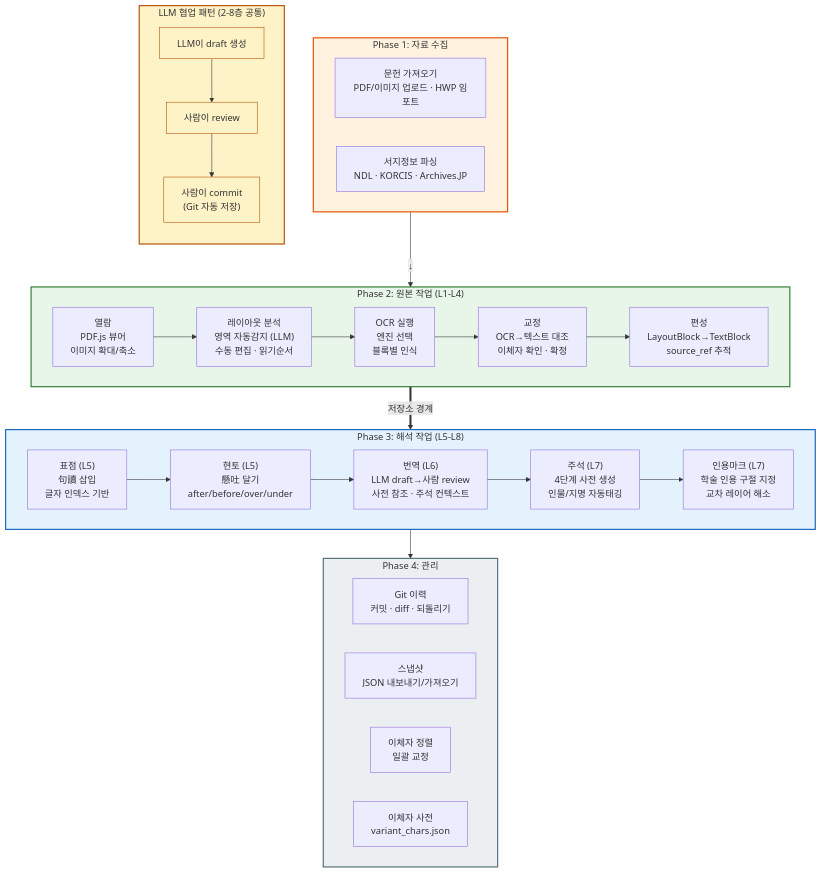
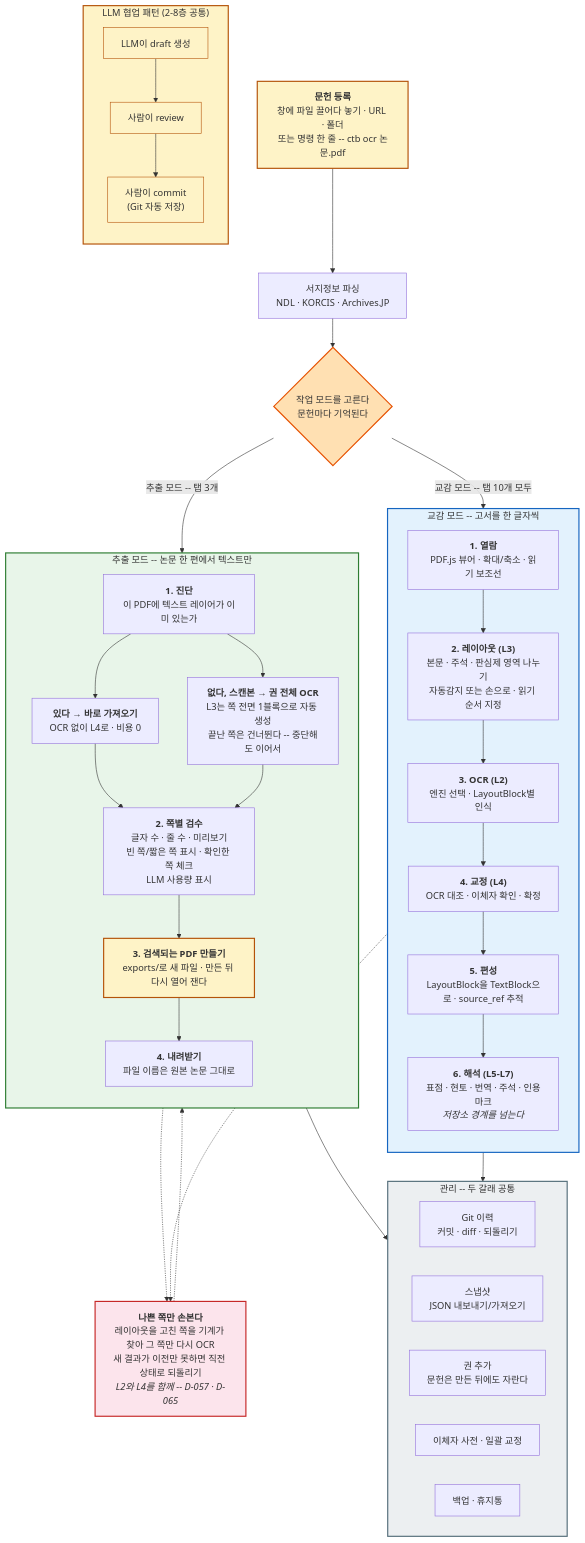
Before and after one commit to hw725/classical-text-browser: the sixth of 13 diagrams in docs/architecture-diagrams.md, drawn with Mermaid. The commit also changed other lines of this file and 4 other files, not shown here.

First line of the commit message:
docs: README를 허브로 개편 + 아키텍처 다이어그램 v1.2.0 갱신

````diff
--- a/docs/architecture-diagrams.md
+++ b/docs/architecture-diagrams.md
@@ -398,59 +493,71 @@
 ```mermaid
 flowchart TB
-    subgraph PHASE1["Phase 1: 자료 수집"]
-        direction LR
-        P1A["문헌 가져오기<br/>PDF/이미지 업로드 · HWP 임포트"]
-        P1B["서지정보 파싱<br/>NDL · KORCIS · Archives.JP"]
+    START["<b>문헌 등록</b><br/>창에 파일 끌어다 놓기 · URL · 폴더<br/>또는 명령 한 줄 -- ctb ocr 논문.pdf"]
+    BIBP["서지정보 파싱<br/>NDL · KORCIS · Archives.JP"]
+    MODE{"작업 모드를 고른다<br/>문헌마다 기억된다"}
+    START --> BIBP --> MODE
+
+    MODE -->|"교감 모드 -- 탭 10개 모두"| C1
+    MODE -->|"추출 모드 -- 탭 3개"| E1
+
+    subgraph COLLATE["교감 모드 -- 고서를 한 글자씩"]
+        direction TB
+        C1["<b>1. 열람</b><br/>PDF.js 뷰어 · 확대/축소 · 읽기 보조선"]
+        C2["<b>2. 레이아웃 (L3)</b><br/>본문 · 주석 · 판심제 영역 나누기<br/>자동감지 또는 손으로 · 읽기 순서 지정"]
+        C3["<b>3. OCR (L2)</b><br/>엔진 선택 · LayoutBlock별 인식"]
+        C4["<b>4. 교정 (L4)</b><br/>OCR 대조 · 이체자 확인 · 확정"]
+        C5["<b>5. 편성</b><br/>LayoutBlock을 TextBlock으로 · source_ref 추적"]
+        C6["<b>6. 해석 (L5-L7)</b><br/>표점 · 현토 · 번역 · 주석 · 인용마크<br/><i>저장소 경계를 넘는다</i>"]
+        C1 --> C2 --> C3 --> C4 --> C5 --> C6
     end
 
-    PHASE1 -->|"↓"| PHASE2
-
-    subgraph PHASE2["Phase 2: 원본 작업 (L1-L4)"]
-        direction LR
-        P2A["열람<br/>PDF.js 뷰어<br/>이미지 확대/축소"]
-        P2B["레이아웃 분석<br/>영역 자동감지 (LLM)<br/>수동 편집 · 읽기순서"]
-        P2C["OCR 실행<br/>엔진 선택<br/>블록별 인식"]
-        P2D["교정<br/>OCR→텍스트 대조<br/>이체자 확인 · 확정"]
-        P2E["편성<br/>LayoutBlock→TextBlock<br/>source_ref 추적"]
-        P2A --> P2B --> P2C --> P2D --> P2E
+    subgraph EXTRACT["추출 모드 -- 논문 한 편에서 텍스트만"]
+        direction TB
+        E1["<b>1. 진단</b><br/>이 PDF에 텍스트 레이어가 이미 있는가"]
+        E2A["<b>있다 → 바로 가져오기</b><br/>OCR 없이 L4로 · 비용 0"]
+        E2B["<b>없다, 스캔본 → 권 전체 OCR</b><br/>L3는 쪽 전면 1블록으로 자동 생성<br/>끝난 쪽은 건너뛴다 -- 중단해도 이어서"]
+        E3["<b>2. 쪽별 검수</b><br/>글자 수 · 줄 수 · 미리보기<br/>빈 쪽/짧은 쪽 표시 · 확인한 쪽 체크<br/>LLM 사용량 표시"]
+        E4["<b>3. 검색되는 PDF 만들기</b><br/>exports/로 새 파일 · 만든 뒤 다시 열어 잰다"]
+        E5["<b>4. 내려받기</b><br/>파일 이름은 원본 논문 그대로"]
+        E1 --> E2A --> E3
+        E1 --> E2B --> E3
+        E3 --> E4 --> E5
     end
 
-    PHASE2 ==>|"저장소 경계"| PHASE3
+    FIX["<b>나쁜 쪽만 손본다</b><br/>레이아웃을 고친 쪽을 기계가 찾아 그 쪽만 다시 OCR<br/>새 결과가 이전만 못하면 직전 상태로 되돌리기<br/><i>L2와 L4를 함께 -- D-057 · D-065</i>"]
+    E3 -.-> FIX
+    C4 -.-> FIX
+    FIX -.-> E3
 
-    subgraph PHASE3["Phase 3: 해석 작업 (L5-L8)"]
+    subgraph MANAGE["관리 -- 두 갈래 공통"]
         direction LR
-        P3A["표점 (L5)<br/>句讀 삽입<br/>글자 인덱스 기반"]
-        P3B["현토 (L5)<br/>懸吐 달기<br/>after/before/over/under"]
-        P3C["번역 (L6)<br/>LLM draft→사람 review<br/>사전 참조 · 주석 컨텍스트"]
-        P3D["주석 (L7)<br/>4단계 사전 생성<br/>인물/지명 자동태깅"]
-        P3E["인용마크 (L7)<br/>학술 인용 구절 지정<br/>교차 레이어 해소"]
-        P3A --> P3B --> P3C --> P3D --> P3E
+        M1["Git 이력<br/>커밋 · diff · 되돌리기"]
+        M2["스냅샷<br/>JSON 내보내기/가져오기"]
+        M3["권 추가<br/>문헌은 만든 뒤에도 자란다"]
+        M4["이체자 사전 · 일괄 교정"]
+        M5["백업 · 휴지통"]
     end
 
-    PHASE3 --> PHASE4
-
-    subgraph PHASE4["Phase 4: 관리"]
-        direction LR
-        P4A["Git 이력<br/>커밋 · diff · 되돌리기"]
-        P4B["스냅샷<br/>JSON 내보내기/가져오기"]
-        P4C["이체자 정렬<br/>일괄 교정"]
-        P4D["이체자 사전<br/>variant_chars.json"]
-    end
+    COLLATE --> MANAGE
+    EXTRACT --> MANAGE
 
     subgraph LLM_PATTERN["LLM 협업 패턴 (2-8층 공통)"]
         direction TB
         LP1["LLM이 draft 생성"]
         LP2["사람이 review"]
         LP3["사람이 commit<br/>(Git 자동 저장)"]
         LP1 --> LP2 --> LP3
     end
 
-    style PHASE1 fill:#fff3e0,stroke:#e65100,stroke-width:2px
-    style PHASE2 fill:#e8f5e9,stroke:#2e7d32,stroke-width:2px
-    style PHASE3 fill:#e3f2fd,stroke:#1565c0,stroke-width:2px
-    style PHASE4 fill:#eceff1,stroke:#546e7a,stroke-width:2px
+    style START fill:#fef3c7,stroke:#b45309,stroke-width:2px
+    style MODE fill:#ffe0b2,stroke:#e65100,stroke-width:2px
+    style COLLATE fill:#e3f2fd,stroke:#1565c0,stroke-width:2px
+    style EXTRACT fill:#e8f5e9,stroke:#2e7d32,stroke-width:2px
+    style FIX fill:#fce4ec,stroke:#c62828,stroke-width:2px
+    style E4 fill:#fef3c7,stroke:#b45309,stroke-width:2px
+    style MANAGE fill:#eceff1,stroke:#546e7a,stroke-width:2px
     style LLM_PATTERN fill:#fef3c7,stroke:#b45309,stroke-width:2px
     style LP1 fill:#fef3c7,stroke:#b45309
     style LP2 fill:#fef3c7,stroke:#b45309
     style LP3 fill:#fef3c7,stroke:#b45309
 ```
````
